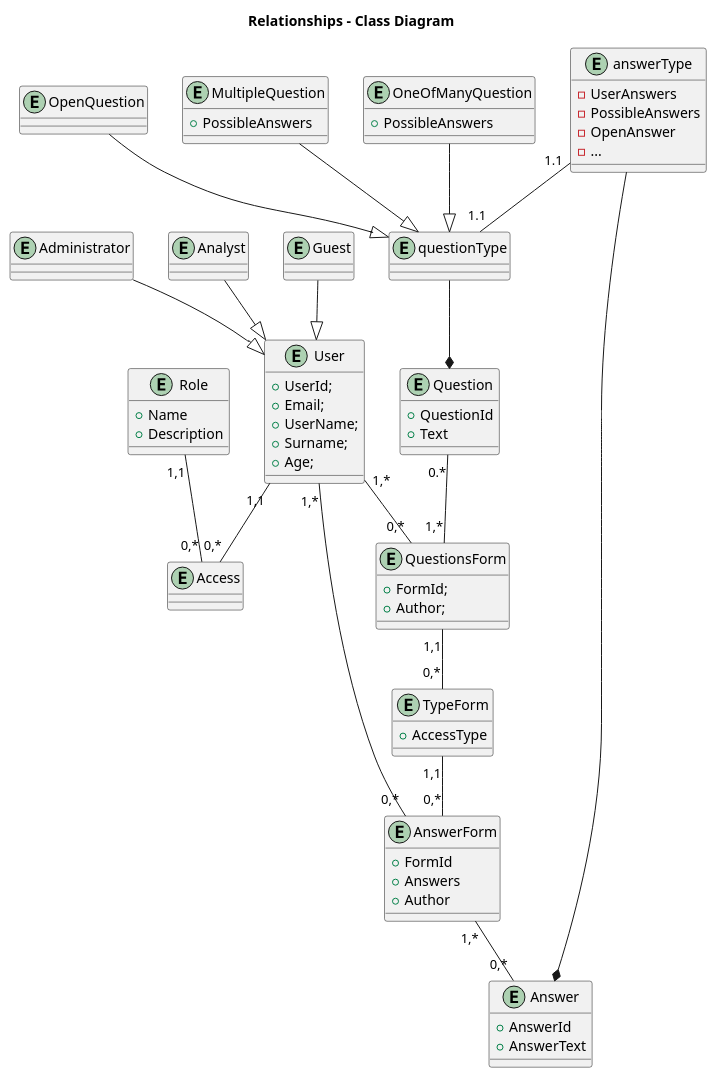
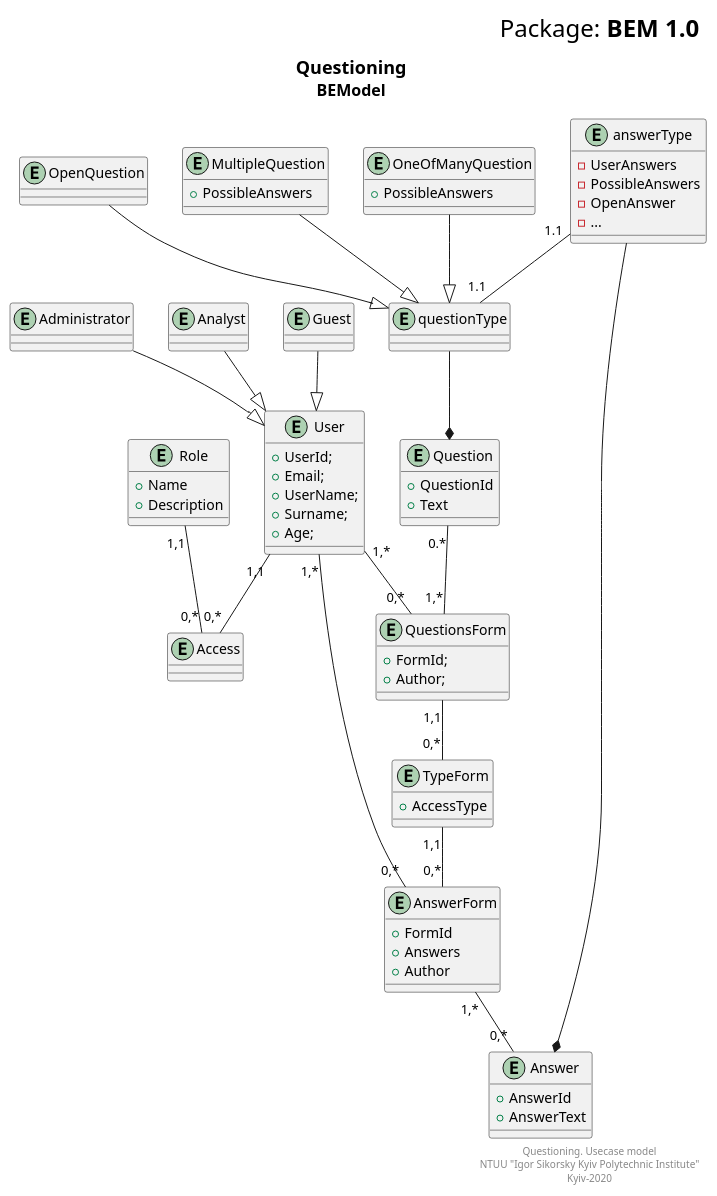
The diagram in Information/Diagrams/BEM+ERM/bem.pu (teramont/databaseQuestioning), drawn with PlantUML before and after one commit.

```diff
--- a/Information/Diagrams/BEM+ERM/bem.pu
+++ b/Information/Diagrams/BEM+ERM/bem.pu
@@ -1,112 +1,125 @@
 @startuml
+right header
+<font size=24 color=black>Package: <b>BEM 1.0
+end header
 
-title Relationships - Class Diagram
+title
+<font size=18 color=black>Questioning
+<font size=16 color=black>BEModel
+end title
+
 
 
 entity User {
     + UserId;
     + Email;
     + UserName;
     + Surname;
     + Age;
 }
 
 entity Administrator
 entity Analyst
 entity Guest
 
 entity Access
 entity Role {
  + Name
  + Description
 }
 
 Role "1,1"--"0,*" Access
 
 User "1,1"--"0,*" Access
 
 Administrator --|> User
 Analyst --|> User
 Guest --|> User
 
 
 
 entity QuestionsForm{
  + FormId;
  + Author;
 }
 
 entity TypeForm {
  + AccessType
 }
 
 
 
 
 
 entity Question {
 + QuestionId
 + Text
 }
 
 entity questionType
 
 entity OneOfManyQuestion {
 + PossibleAnswers
 }
 
 entity OpenQuestion 
 
 entity MultipleQuestion {
 + PossibleAnswers
 }
 
 MultipleQuestion --|> questionType
 OpenQuestion --|> questionType
 OneOfManyQuestion --|> questionType
 
 questionType --* Question
 
 
 
 
 Question  "0.*"--"1,*" QuestionsForm
 QuestionsForm "1,1"--"0,*" TypeForm
 
 
 
 
 
 
 entity AnswerForm {
  + FormId
  + Answers
  + Author
 }
 
 
 
 entity Answer {
  + AnswerId
  + AnswerText
 }
 
 entity answerType{
  - UserAnswers
  - PossibleAnswers 
  - OpenAnswer 
  - ...
 }
 
 answerType "1.1"--"1.1" questionType
 TypeForm "1,1"--"0,*" AnswerForm
 
 answerType --* Answer
 
 AnswerForm "1,*"--"0,*" Answer
 
 
 
 User "1,*"--"0,*" AnswerForm
 User "1,*"--"0,*" QuestionsForm
+
+right footer
+Questioning. Usecase model
+NTUU "Igor Sikorsky Kyiv Polytechnic Institute"
+Kyiv-2020
+end footer
 @enduml
```
